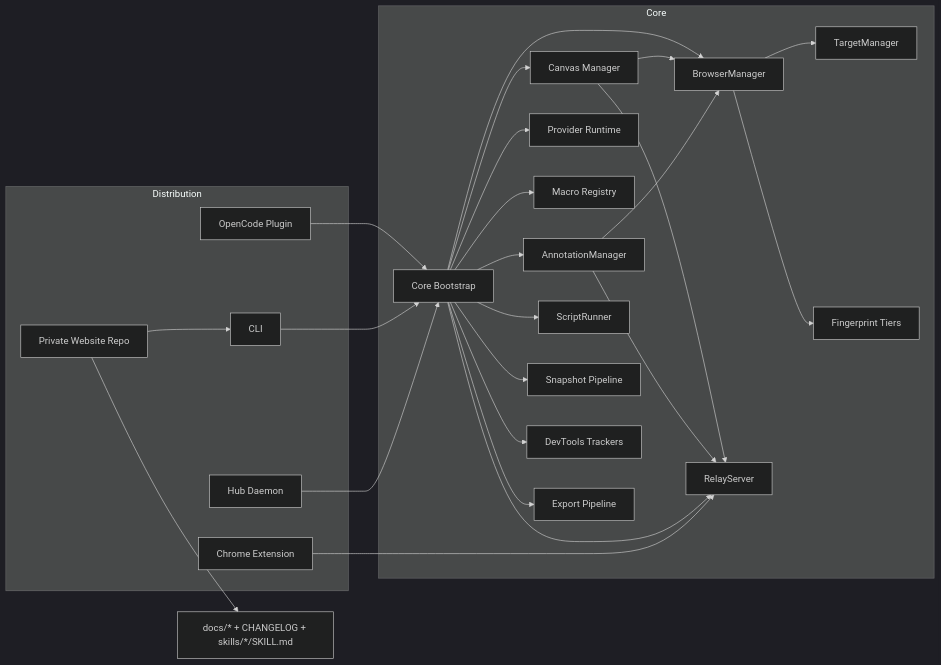
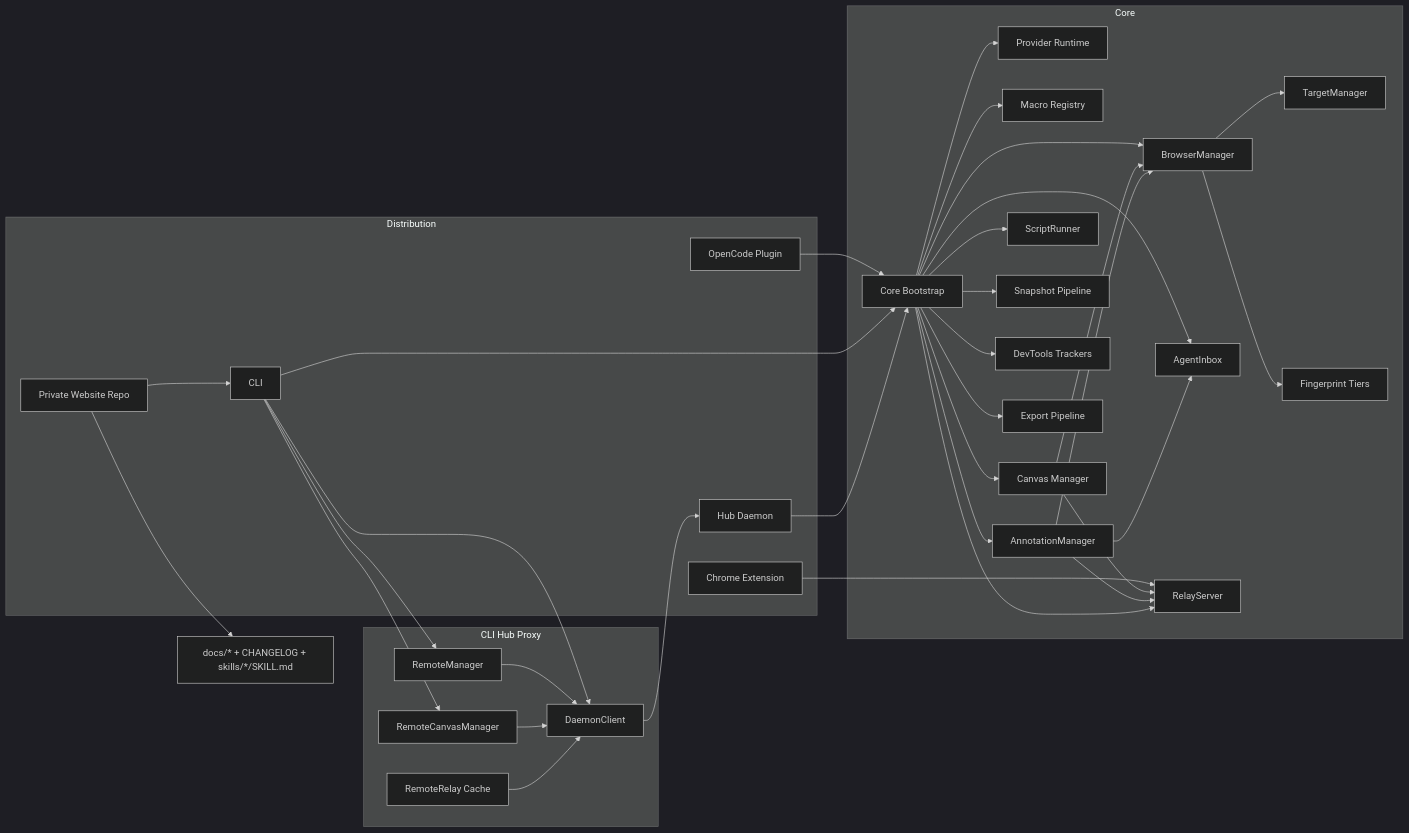
The first of 4 diagrams in docs/ARCHITECTURE.md (freshtechbro/opendevbrowser), drawn with Mermaid (dark theme) before and after one commit. The commit also changed other lines of this file and 31 other files, not shown here.

````diff
--- a/docs/ARCHITECTURE.md
+++ b/docs/ARCHITECTURE.md
@@ -81,50 +92,67 @@
 ```mermaid
 flowchart LR
   subgraph Distribution
     Plugin[OpenCode Plugin]
     CLI[CLI]
     Hub[Hub Daemon]
     Extension[Chrome Extension]
     Frontend[Private Website Repo]
+  end
+
+  subgraph HubProxy[CLI Hub Proxy]
+    DaemonClient[DaemonClient]
+    RemoteManager[RemoteManager]
+    RemoteCanvasManager[RemoteCanvasManager]
+    RemoteRelay[RemoteRelay Cache]
   end
 
   subgraph Core
     CoreBootstrap[Core Bootstrap]
     BrowserManager[BrowserManager]
     TargetManager[TargetManager]
     ProviderRuntime[Provider Runtime]
     MacroRegistry[Macro Registry]
     Fingerprint[Fingerprint Tiers]
     CanvasManager[Canvas Manager]
     AnnotationManager[AnnotationManager]
+    AgentInbox[AgentInbox]
     ScriptRunner[ScriptRunner]
     Snapshotter[Snapshot Pipeline]
     Devtools[DevTools Trackers]
     Exporter[Export Pipeline]
     Relay[RelayServer]
   end
 
   Plugin --> CoreBootstrap
+  CLI --> DaemonClient
+  CLI --> RemoteManager
+  CLI --> RemoteCanvasManager
+  RemoteManager --> DaemonClient
+  RemoteCanvasManager --> DaemonClient
+  RemoteRelay --> DaemonClient
+  DaemonClient --> Hub
   CLI --> CoreBootstrap
   Hub --> CoreBootstrap
   Extension --> Relay
   Frontend --> CLI
   Frontend --> Docs[docs/* + CHANGELOG + skills/*/SKILL.md]
 
   CoreBootstrap --> BrowserManager
   BrowserManager --> TargetManager
   CoreBootstrap --> CanvasManager
   CanvasManager --> BrowserManager
   CanvasManager --> Relay
   CoreBootstrap --> ProviderRuntime
   CoreBootstrap --> MacroRegistry
   BrowserManager --> Fingerprint
   CoreBootstrap --> AnnotationManager
   AnnotationManager --> BrowserManager
+  CoreBootstrap --> AgentInbox
+  AnnotationManager --> AgentInbox
   AnnotationManager --> Relay
   CoreBootstrap --> ScriptRunner
   CoreBootstrap --> Snapshotter
   CoreBootstrap --> Devtools
   CoreBootstrap --> Exporter
   CoreBootstrap --> Relay
 ```
````
